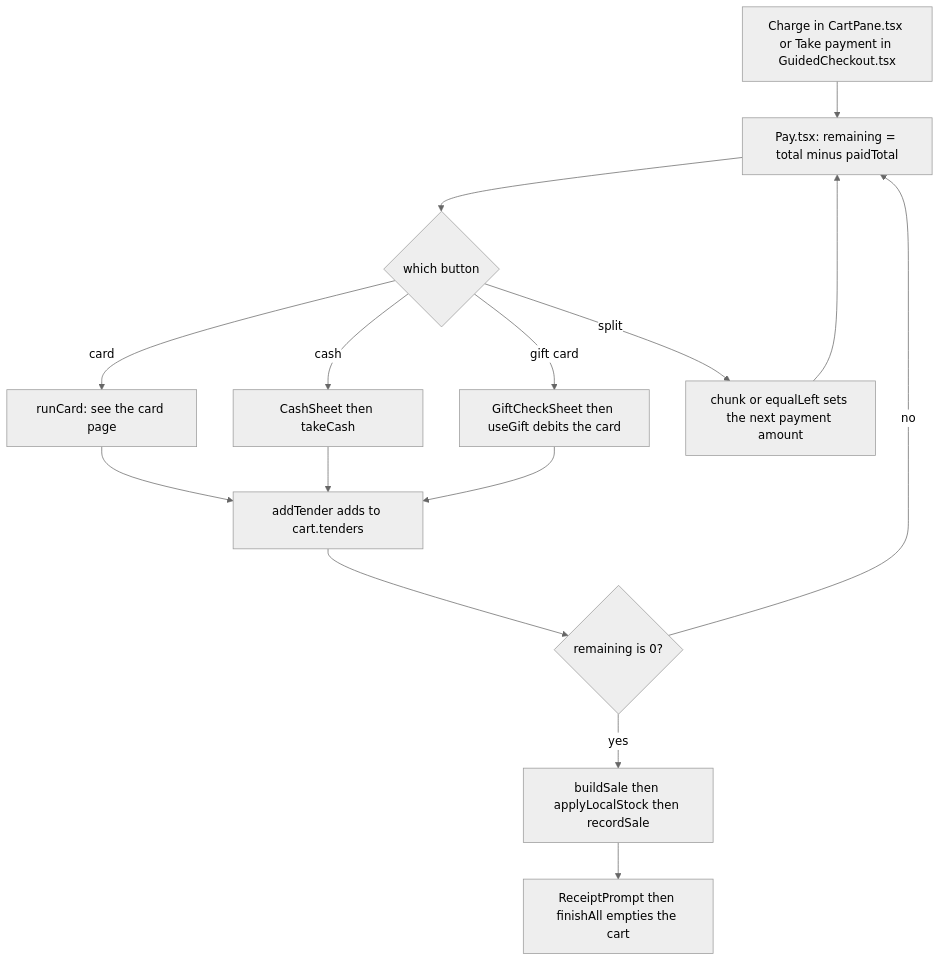
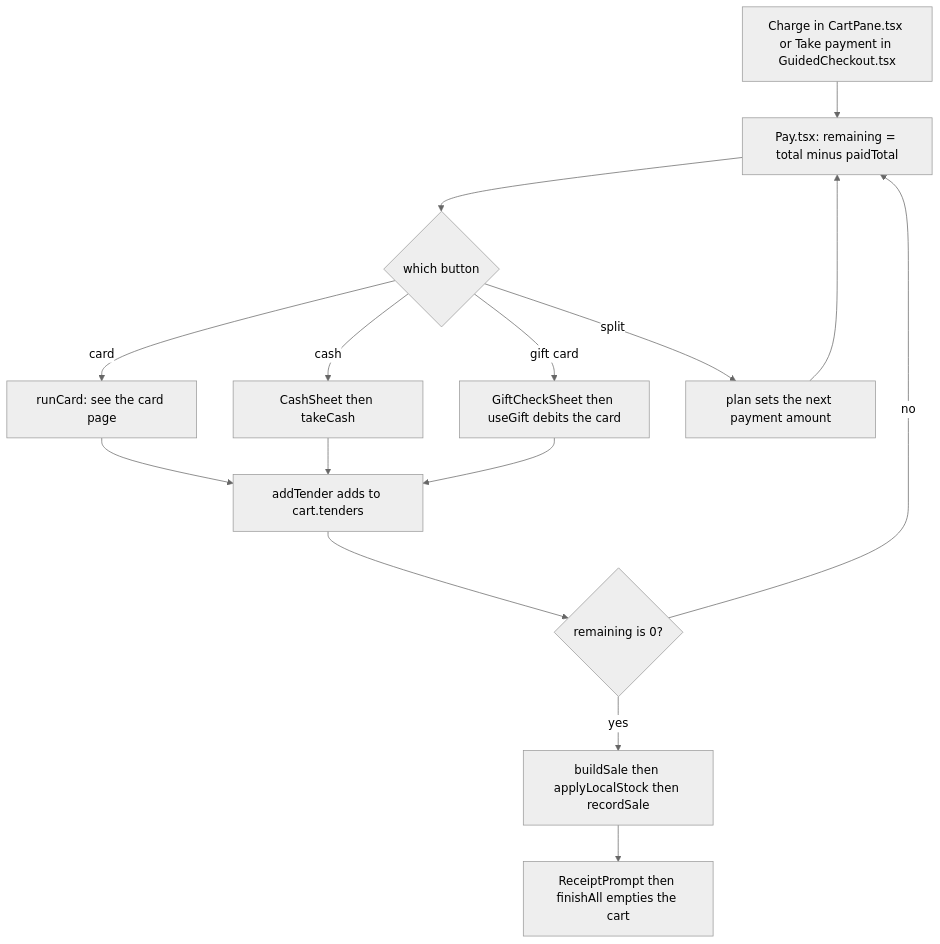
One commit to Kousei-Uchu/aidens3dp-pos changed the diagram in help/pay/index.md. Above: the diagram before and after it, drawn with Mermaid (neutral theme). The commit also changed 34 other files, not shown here.

````diff
--- a/help/pay/index.md
+++ b/help/pay/index.md
@@ -70,17 +70,17 @@
 ```mermaid
 flowchart TD
   A[Charge in CartPane.tsx or Take payment in GuidedCheckout.tsx] --> B[Pay.tsx: remaining = total minus paidTotal]
   B --> C{which button}
   C -->|card| D[runCard: see the card page]
   C -->|cash| E[CashSheet then takeCash]
   C -->|gift card| F[GiftCheckSheet then useGift debits the card]
-  C -->|split| G[chunk or equalLeft sets the next payment amount]
+  C -->|split| G[plan sets the next payment amount]
   D --> H[addTender adds to cart.tenders]
   E --> H
   F --> H
   G --> B
   H --> I{remaining is 0?}
   I -->|no| B
   I -->|yes| J[buildSale then applyLocalStock then recordSale]
   J --> K[ReceiptPrompt then finishAll empties the cart]
 ```
````
